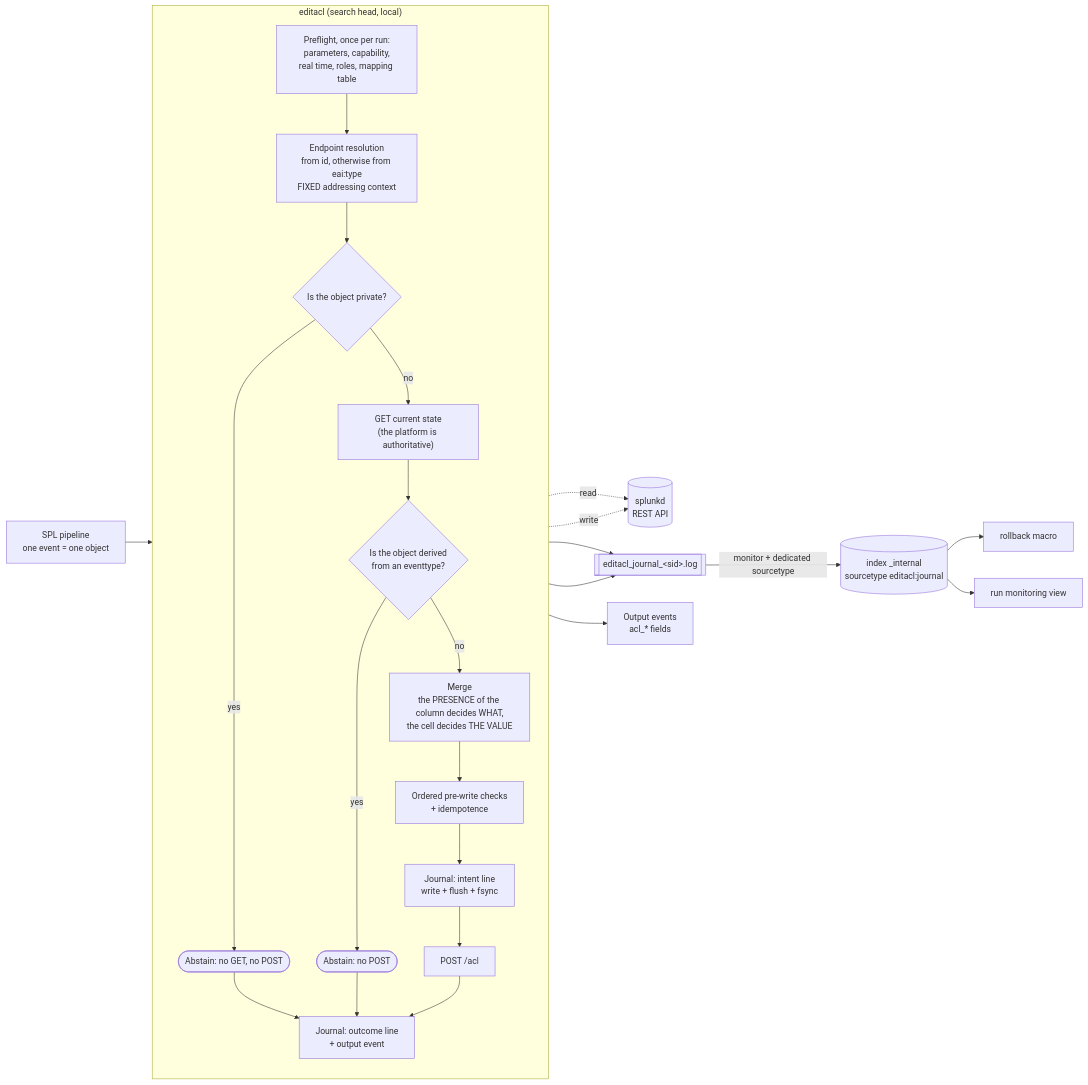
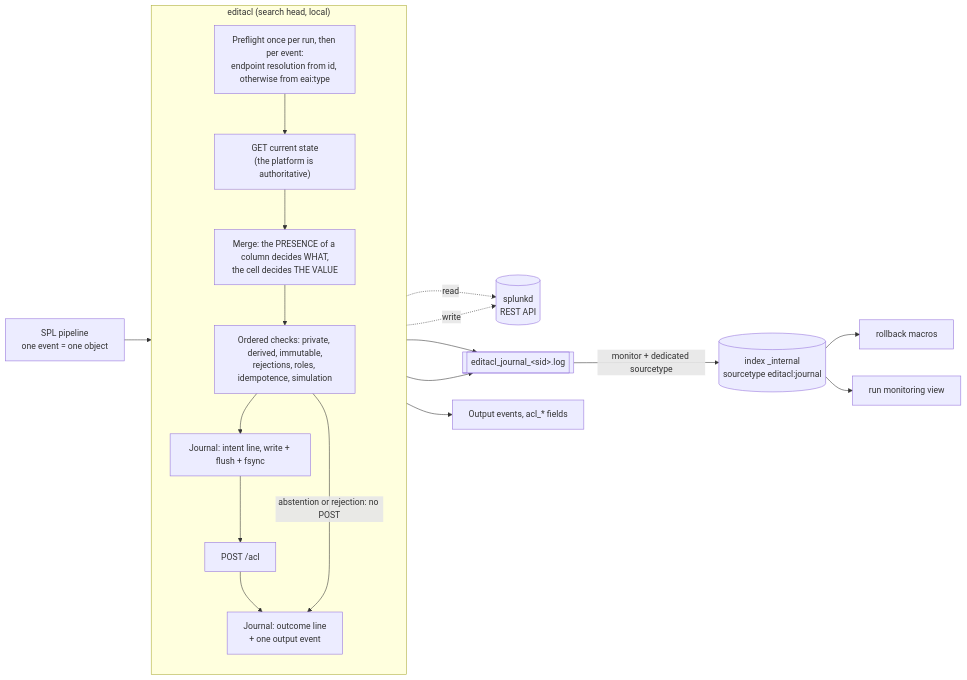
Before and after one commit to rafiki31130/SA-acl-tools: the diagram in README.md, drawn with Mermaid. The commit also changed other lines of this file and 6 other files, not shown here.

````diff
--- a/README.md
+++ b/README.md
@@ -48,34 +18,24 @@
 ```mermaid
 flowchart LR
   SPL["SPL pipeline<br/>one event = one object"] --> CMD
-
   subgraph CMD["editacl (search head, local)"]
     direction TB
-    PRE["Preflight, once per run:<br/>parameters, capability,<br/>real time, roles, mapping table"]
-    RES["Endpoint resolution<br/>from id, otherwise from eai:type<br/>FIXED addressing context"]
-    RM1{"Is the object private?"}
-    SKP(["Abstain: no GET, no POST"])
+    RES["Preflight once per run, then per event:<br/>endpoint resolution from id, otherwise from eai:type"]
     GET["GET current state<br/>(the platform is authoritative)"]
-    R0{"Is the object derived<br/>from an eventtype?"}
-    SKD(["Abstain: no POST"])
-    MER["Merge<br/>the PRESENCE of the column decides WHAT,<br/>the cell decides THE VALUE"]
-    CTL["Ordered pre-write checks<br/>+ idempotence"]
-    WAL["Journal: intent line<br/>write + flush + fsync"]
+    MER["Merge: the PRESENCE of a column decides WHAT,<br/>the cell decides THE VALUE"]
+    CTL["Ordered checks: private, derived, immutable,<br/>rejections, roles, idempotence, simulation"]
+    WAL["Journal: intent line, write + flush + fsync"]
     POST["POST /acl"]
-    OUT["Journal: outcome line<br/>+ output event"]
-    PRE --> RES --> RM1
-    RM1 -->|"yes"| SKP --> OUT
-    RM1 -->|"no"| GET --> R0
-    R0 -->|"yes"| SKD --> OUT
-    R0 -->|"no"| MER --> CTL --> WAL --> POST --> OUT
+    OUT["Journal: outcome line<br/>+ one output event"]
+    RES --> GET --> MER --> CTL --> WAL --> POST --> OUT
+    CTL -- "abstention or rejection: no POST" --> OUT
   end
-
   GET -. "read" .-> SPLUNKD[("splunkd<br/>REST API")]
   POST -. "write" .-> SPLUNKD
   WAL --> FILE[["editacl_journal_&lt;sid&gt;.log"]]
   OUT --> FILE
   FILE -- "monitor + dedicated sourcetype" --> IDX[("index _internal<br/>sourcetype editacl:journal")]
-  IDX --> RB["rollback macro"]
+  IDX --> RB["rollback macros"]
   IDX --> DASH["run monitoring view"]
-  CMD --> RESULT["Output events<br/>acl_* fields"]
+  CMD --> RESULT["Output events, acl_* fields"]
 ```
````
